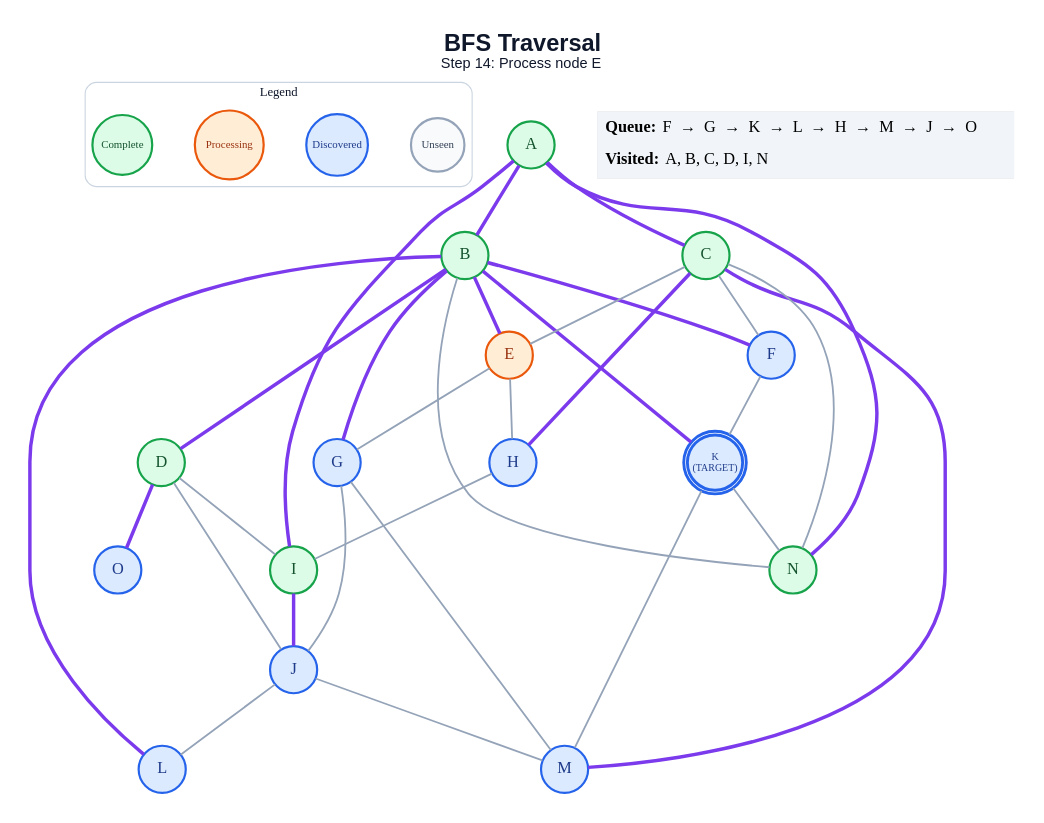
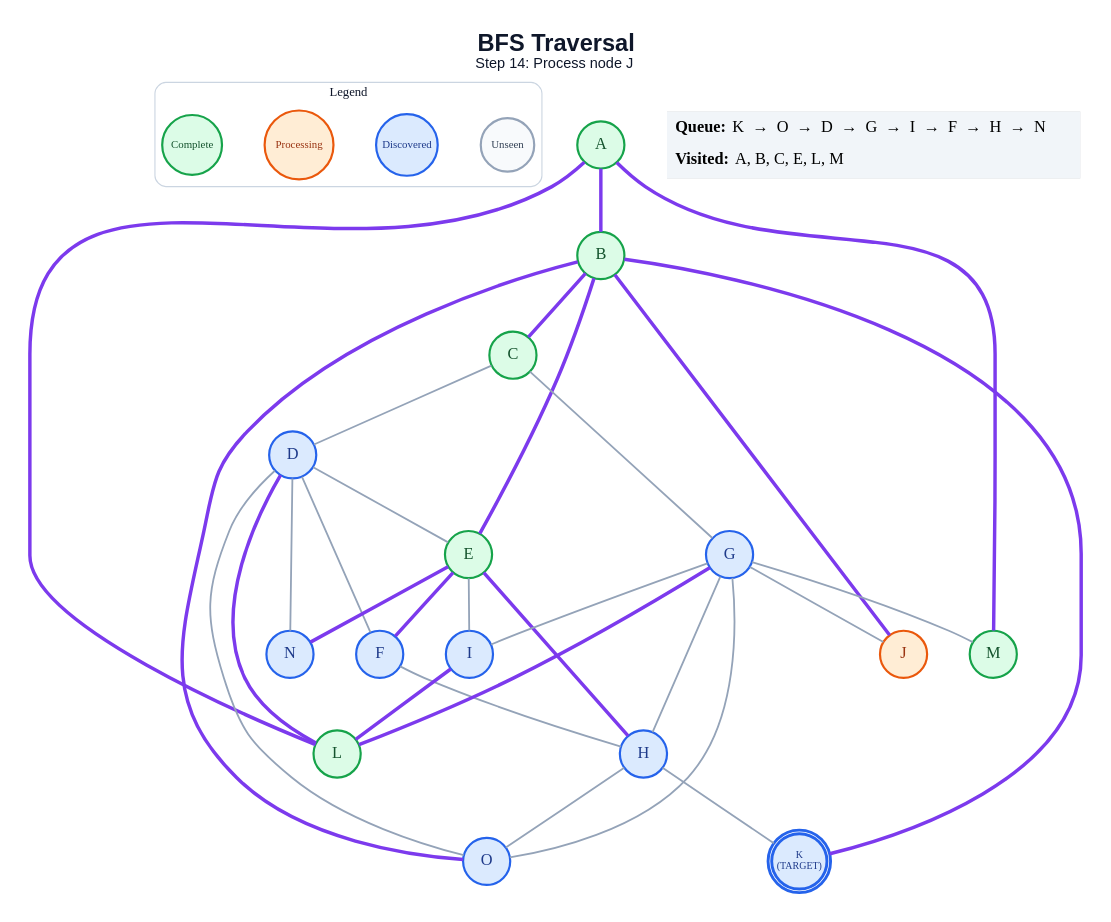
Before and after one commit to anon7238593-create/ai-slop: the diagram in generated/specific-node/bfs/step_14.dot, drawn with Graphviz. The commit also changed 229 other files, not shown here.

```diff
--- a/generated/specific-node/bfs/step_14.dot
+++ b/generated/specific-node/bfs/step_14.dot
@@ -1,64 +1,63 @@
 graph traversal {
   graph [layout=dot, rankdir=TB, bgcolor="#FFFFFF", pad="0.35", nodesep="0.65", ranksep="0.8", fontname="Arial"];
   node [shape=circle, style="filled", fontname="Arial Bold", fontsize=18, width=0.72, fixedsize=true, penwidth=2.4];
   edge [color="#94A3B8", penwidth=2.0];
-  label=<<B>BFS Traversal</B><BR/><FONT POINT-SIZE="16">Step 14: Process node E</FONT>>; labelloc="t"; fontsize=26; fontname="Arial"; fontcolor="#0F172A";
+  label=<<B>BFS Traversal</B><BR/><FONT POINT-SIZE="16">Step 14: Process node J</FONT>>; labelloc="t"; fontsize=26; fontname="Arial"; fontcolor="#0F172A";
   subgraph cluster_legend { label="Legend"; color="#CBD5E1"; penwidth=1.2; style="rounded"; fontsize=14; fontname="Arial Bold";
     key_unseen [label="Unseen", fillcolor="#F8FAFC", color="#94A3B8", fontcolor="#334155", fontsize=12, width=0.82];
     key_frontier [label="Discovered", fillcolor="#DBEAFE", color="#2563EB", fontcolor="#1E3A8A", fontsize=12, width=0.95];
     key_current [label="Processing", fillcolor="#FFEDD5", color="#EA580C", fontcolor="#9A3412", fontsize=12, width=1.05];
     key_done [label="Complete", fillcolor="#DCFCE7", color="#16A34A", fontcolor="#14532D", fontsize=12, width=0.92];
     { rank=same; key_unseen; key_frontier; key_current; key_done; }
   }
   A [label="A", fillcolor="#DCFCE7", color="#16A34A", fontcolor="#14532D", peripheries=1, penwidth=2.4];
   B [label="B", fillcolor="#DCFCE7", color="#16A34A", fontcolor="#14532D", peripheries=1, penwidth=2.4];
   C [label="C", fillcolor="#DCFCE7", color="#16A34A", fontcolor="#14532D", peripheries=1, penwidth=2.4];
-  D [label="D", fillcolor="#DCFCE7", color="#16A34A", fontcolor="#14532D", peripheries=1, penwidth=2.4];
-  E [label="E", fillcolor="#FFEDD5", color="#EA580C", fontcolor="#9A3412", peripheries=1, penwidth=2.4];
+  D [label="D", fillcolor="#DBEAFE", color="#2563EB", fontcolor="#1E3A8A", peripheries=1, penwidth=2.4];
+  E [label="E", fillcolor="#DCFCE7", color="#16A34A", fontcolor="#14532D", peripheries=1, penwidth=2.4];
   F [label="F", fillcolor="#DBEAFE", color="#2563EB", fontcolor="#1E3A8A", peripheries=1, penwidth=2.4];
   G [label="G", fillcolor="#DBEAFE", color="#2563EB", fontcolor="#1E3A8A", peripheries=1, penwidth=2.4];
   H [label="H", fillcolor="#DBEAFE", color="#2563EB", fontcolor="#1E3A8A", peripheries=1, penwidth=2.4];
-  I [label="I", fillcolor="#DCFCE7", color="#16A34A", fontcolor="#14532D", peripheries=1, penwidth=2.4];
-  J [label="J", fillcolor="#DBEAFE", color="#2563EB", fontcolor="#1E3A8A", peripheries=1, penwidth=2.4];
+  I [label="I", fillcolor="#DBEAFE", color="#2563EB", fontcolor="#1E3A8A", peripheries=1, penwidth=2.4];
+  J [label="J", fillcolor="#FFEDD5", color="#EA580C", fontcolor="#9A3412", peripheries=1, penwidth=2.4];
   K [label="K\n(TARGET)", fillcolor="#DBEAFE", color="#2563EB", fontcolor="#1E3A8A", peripheries=2, penwidth=3.2, fontsize=11, width=0.85, height=0.85];
-  L [label="L", fillcolor="#DBEAFE", color="#2563EB", fontcolor="#1E3A8A", peripheries=1, penwidth=2.4];
-  M [label="M", fillcolor="#DBEAFE", color="#2563EB", fontcolor="#1E3A8A", peripheries=1, penwidth=2.4];
-  N [label="N", fillcolor="#DCFCE7", color="#16A34A", fontcolor="#14532D", peripheries=1, penwidth=2.4];
+  L [label="L", fillcolor="#DCFCE7", color="#16A34A", fontcolor="#14532D", peripheries=1, penwidth=2.4];
+  M [label="M", fillcolor="#DCFCE7", color="#16A34A", fontcolor="#14532D", peripheries=1, penwidth=2.4];
+  N [label="N", fillcolor="#DBEAFE", color="#2563EB", fontcolor="#1E3A8A", peripheries=1, penwidth=2.4];
   O [label="O", fillcolor="#DBEAFE", color="#2563EB", fontcolor="#1E3A8A", peripheries=1, penwidth=2.4];
   A -- B [color="#7C3AED", penwidth=3.8];
-  A -- C [color="#7C3AED", penwidth=3.8];
-  A -- I [color="#7C3AED", penwidth=3.8];
-  A -- N [color="#7C3AED", penwidth=3.8];
-  B -- D [color="#7C3AED", penwidth=3.8];
+  A -- L [color="#7C3AED", penwidth=3.8];
+  A -- M [color="#7C3AED", penwidth=3.8];
+  B -- C [color="#7C3AED", penwidth=3.8];
   B -- E [color="#7C3AED", penwidth=3.8];
-  B -- F [color="#7C3AED", penwidth=3.8];
-  B -- G [color="#7C3AED", penwidth=3.8];
+  B -- J [color="#7C3AED", penwidth=3.8];
   B -- K [color="#7C3AED", penwidth=3.8];
-  B -- L [color="#7C3AED", penwidth=3.8];
-  B -- N;
-  C -- E;
-  C -- F;
-  C -- H [color="#7C3AED", penwidth=3.8];
-  C -- M [color="#7C3AED", penwidth=3.8];
-  C -- N;
-  D -- I;
-  D -- J;
-  D -- O [color="#7C3AED", penwidth=3.8];
-  E -- G;
-  E -- H;
-  F -- K;
+  B -- O [color="#7C3AED", penwidth=3.8];
+  C -- D;
+  C -- G;
+  D -- E;
+  D -- F;
+  D -- L [color="#7C3AED", penwidth=3.8];
+  D -- N;
+  D -- O;
+  E -- F [color="#7C3AED", penwidth=3.8];
+  E -- H [color="#7C3AED", penwidth=3.8];
+  E -- I;
+  E -- N [color="#7C3AED", penwidth=3.8];
+  F -- H;
+  G -- H;
+  G -- I;
   G -- J;
+  G -- L [color="#7C3AED", penwidth=3.8];
   G -- M;
-  H -- I;
-  I -- J [color="#7C3AED", penwidth=3.8];
-  J -- L;
-  J -- M;
-  K -- M;
-  K -- N;
+  G -- O;
+  H -- K;
+  H -- O;
+  I -- L [color="#7C3AED", penwidth=3.8];
   status [shape=plain, fixedsize=false, width=0, height=0, margin=0, label=<
     <TABLE BORDER="0" CELLBORDER="0" CELLPADDING="7" BGCOLOR="#F1F5F9">
-      <TR><TD ALIGN="LEFT"><B>Queue:</B> F  →  G  →  K  →  L  →  H  →  M  →  J  →  O</TD></TR>
-      <TR><TD ALIGN="LEFT"><B>Visited:</B> A, B, C, D, I, N</TD></TR>
+      <TR><TD ALIGN="LEFT"><B>Queue:</B> K  →  O  →  D  →  G  →  I  →  F  →  H  →  N</TD></TR>
+      <TR><TD ALIGN="LEFT"><B>Visited:</B> A, B, C, E, L, M</TD></TR>
     </TABLE>
   >];
 }
```
